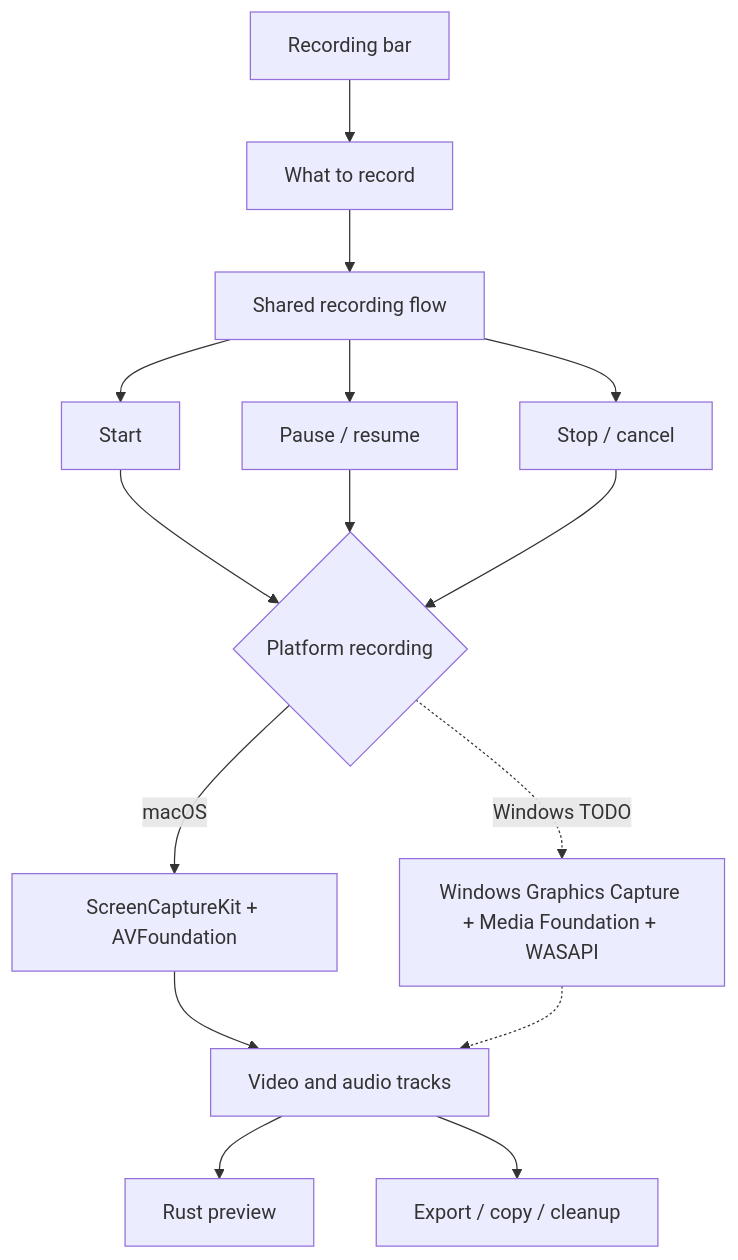
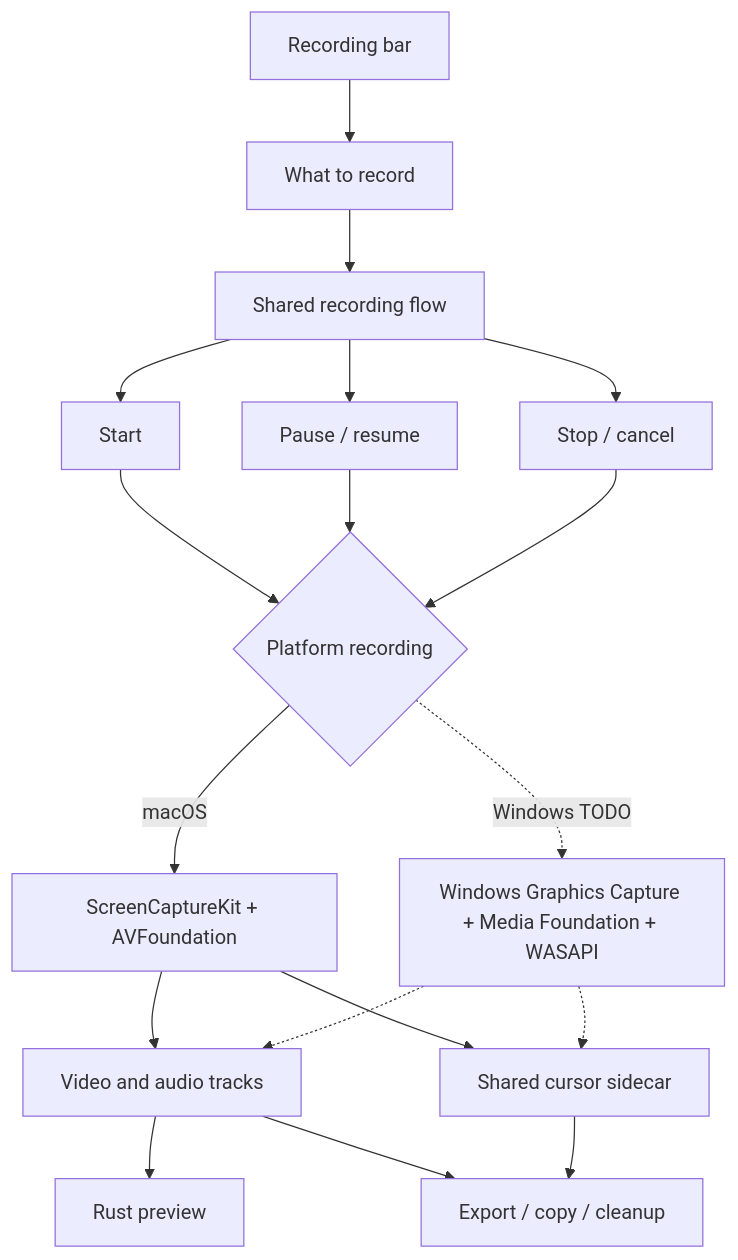
The first of 2 diagrams in src-tauri/src/recording/README.md (overpolish/orbit-capture), drawn with Mermaid before and after one commit. The commit also changed other lines of this file and 79 other files, not shown here.

Commit message:
feat(macOS): cursor capture and baking

````diff
--- a/src-tauri/src/recording/README.md
+++ b/src-tauri/src/recording/README.md
@@ -8,21 +8,24 @@
 ```mermaid
 flowchart TD
   BAR["Recording bar"] --> OPTIONS["What to record"]
   OPTIONS --> SHARED["Shared recording flow"]
 
   SHARED --> START["Start"]
   SHARED --> CONTROL["Pause / resume"]
   SHARED --> FINISH["Stop / cancel"]
 
   START --> PLATFORM{"Platform recording"}
   CONTROL --> PLATFORM
   FINISH --> PLATFORM
 
   PLATFORM -->|"macOS"| MAC["ScreenCaptureKit + AVFoundation"]
   PLATFORM -.->|"Windows TODO"| WINDOWS["Windows Graphics Capture + Media Foundation + WASAPI"]
 
   MAC --> FILES["Video and audio tracks"]
   WINDOWS -.-> FILES
+  MAC --> CURSOR["Shared cursor sidecar"]
+  WINDOWS -.-> CURSOR
   FILES --> PREVIEW["Rust preview"]
   FILES --> EXPORT["Export / copy / cleanup"]
+  CURSOR --> EXPORT
 ```
````
